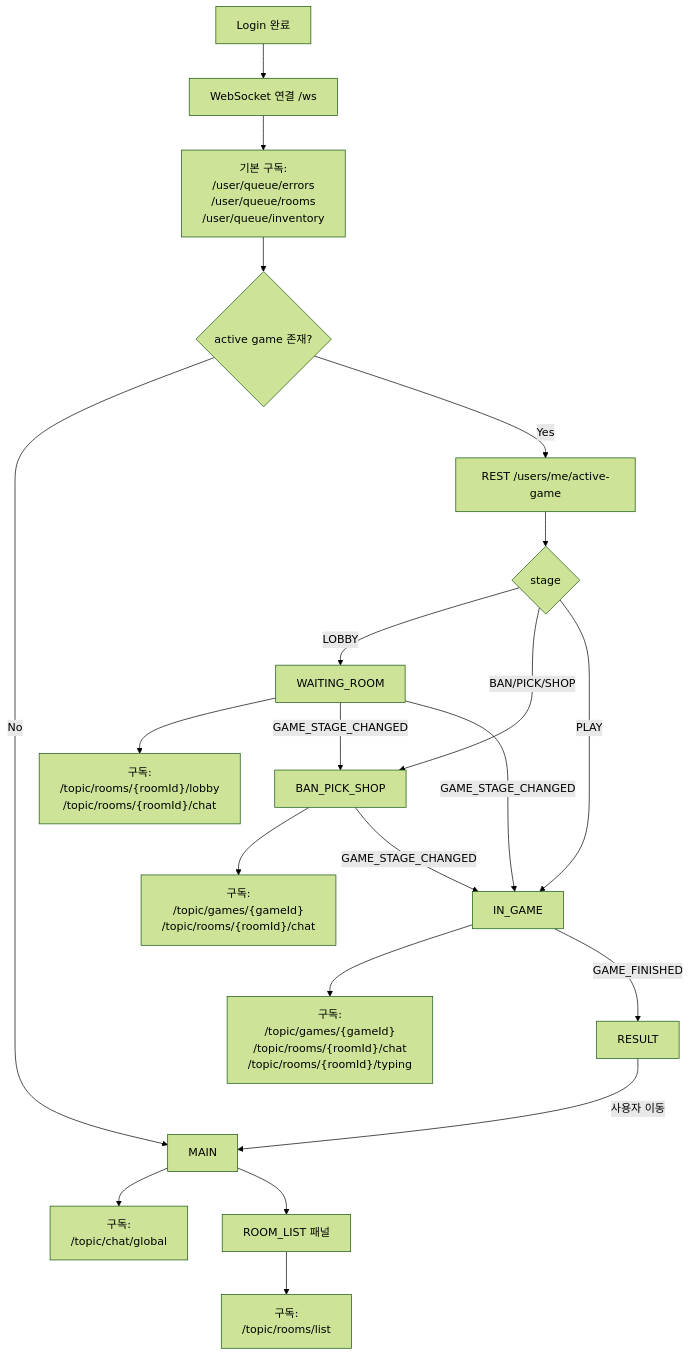
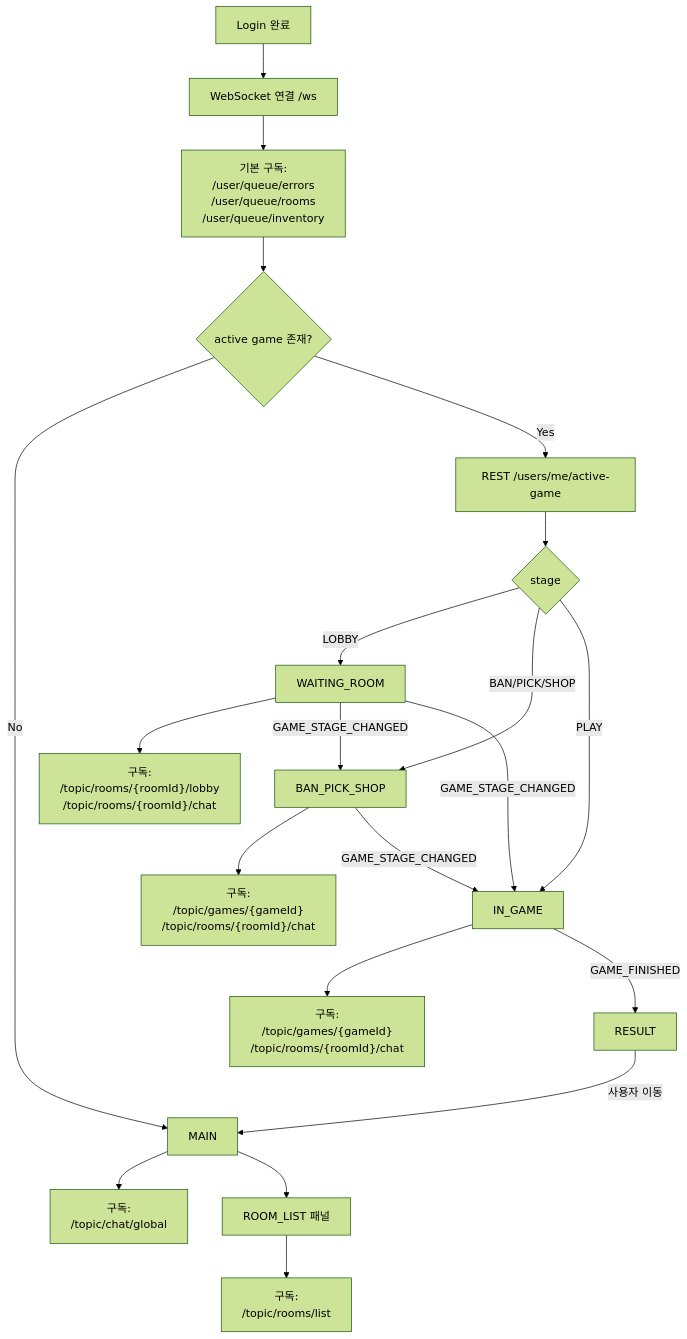
One commit to KangGyeongGu/lol-ssot changed the first of 2 diagrams in 03_API/LIFECYCLE.md. Above: the diagram before and after it, drawn with Mermaid (forest theme). The commit also changed other lines of this file and 28 other files, not shown here.

````diff
--- a/03_API/LIFECYCLE.md
+++ b/03_API/LIFECYCLE.md
@@ -145,29 +140,29 @@
 ```mermaid
 flowchart TD
   A[Login 완료] --> B[WebSocket 연결 /ws]
   B --> C["기본 구독:<br/>/user/queue/errors<br/>/user/queue/rooms<br/>/user/queue/inventory"]
   C --> D{active game 존재?}
 
   D -- No --> M[MAIN]
   M --> M1["구독:<br/>/topic/chat/global"]
   M --> RL[ROOM_LIST 패널]
   RL --> RL1["구독:<br/>/topic/rooms/list"]
 
   D -- Yes --> E[REST /users/me/active-game]
   E --> F{stage}
 
   F -- LOBBY --> WR[WAITING_ROOM]
   WR --> WR1["구독:<br/>/topic/rooms/{roomId}/lobby<br/>/topic/rooms/{roomId}/chat"]
 
   F -- BAN/PICK/SHOP --> BPS[BAN_PICK_SHOP]
   BPS --> BPS1["구독:<br/>/topic/games/{gameId}<br/>/topic/rooms/{roomId}/chat"]
 
   F -- PLAY --> IG[IN_GAME]
-  IG --> IG1["구독:<br/>/topic/games/{gameId}<br/>/topic/rooms/{roomId}/chat<br/>/topic/rooms/{roomId}/typing"]
+  IG --> IG1["구독:<br/>/topic/games/{gameId}<br/>/topic/rooms/{roomId}/chat"]
 
   WR -->|GAME_STAGE_CHANGED| BPS
   WR -->|GAME_STAGE_CHANGED| IG
   BPS -->|GAME_STAGE_CHANGED| IG
   IG -->|GAME_FINISHED| RS[RESULT]
   RS -->|사용자 이동| M
 ```
````
